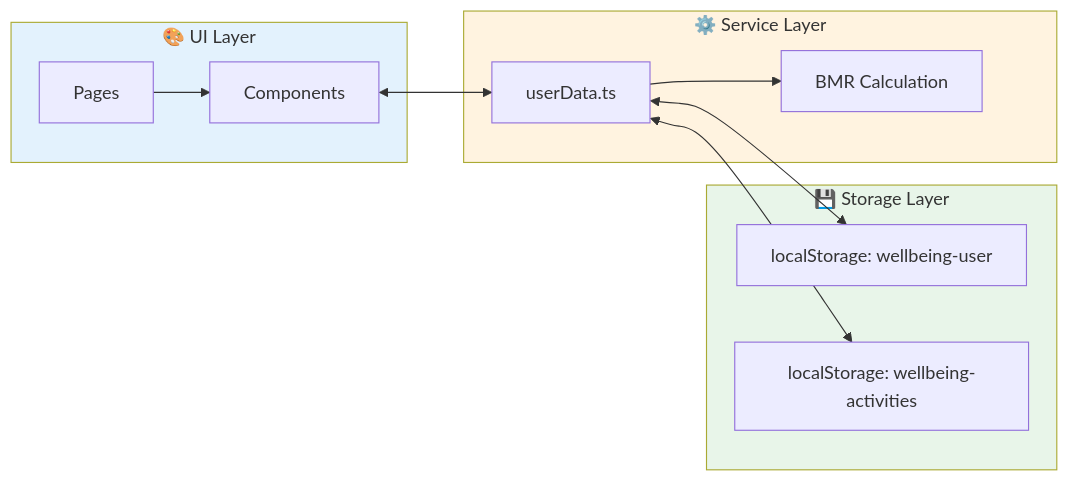
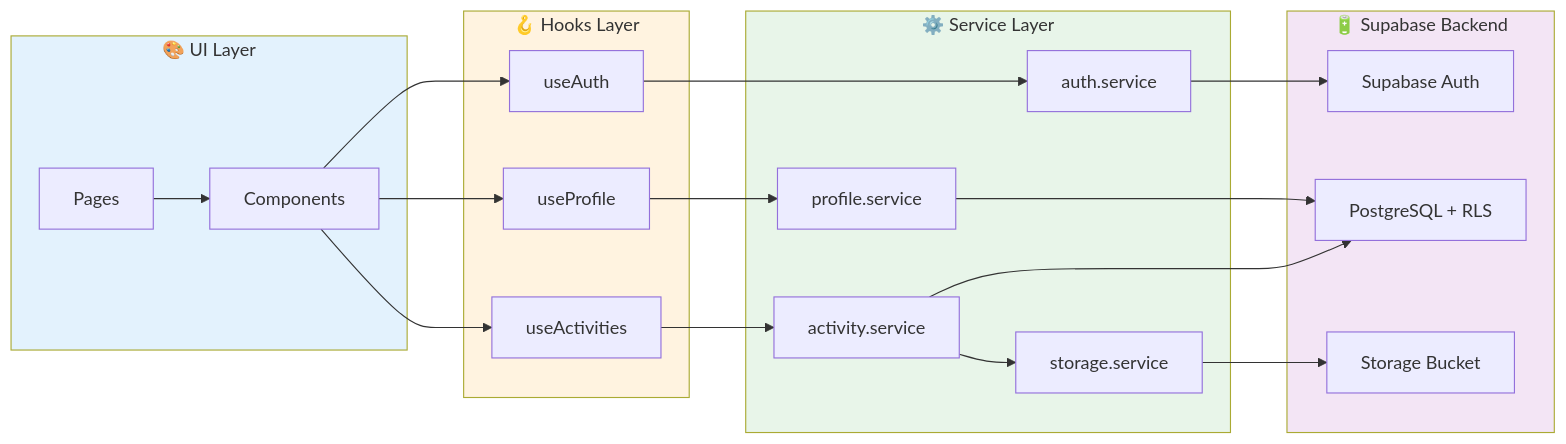
Before and after one commit to ilhaminudin24/ITDigital-wellbeing: the third of 4 diagrams in docs/project_analysis.md, drawn with Mermaid. The commit also changed other lines of this file and 5 other files, not shown here.

````diff
--- a/docs/project_analysis.md
+++ b/docs/project_analysis.md
@@ -174,27 +205,41 @@
 ```mermaid
 flowchart LR
     subgraph UI["🎨 UI Layer"]
         A[Pages]
         B[Components]
     end
 
-    subgraph Service["⚙️ Service Layer"]
-        C[userData.ts]
-        D[BMR Calculation]
+    subgraph Hooks["🪝 Hooks Layer"]
+        C[useAuth]
+        D[useProfile]
+        E[useActivities]
     end
 
-    subgraph Storage["💾 Storage Layer"]
-        E[localStorage: wellbeing-user]
-        F[localStorage: wellbeing-activities]
+    subgraph Service["⚙️ Service Layer"]
+        F[auth.service]
+        G[profile.service]
+        H[activity.service]
+        I[storage.service]
+    end
+
+    subgraph Backend["🔋 Supabase Backend"]
+        J[Supabase Auth]
+        K[PostgreSQL + RLS]
+        L[Storage Bucket]
     end
 
     A --> B
-    B <--> C
-    C --> D
-    C <--> E
-    C <--> F
+    B --> C & D & E
+    C --> F
+    D --> G
+    E --> H
+    H --> I
+    F --> J
+    G & H --> K
+    I --> L
 
     style UI fill:#e3f2fd
-    style Service fill:#fff3e0
-    style Storage fill:#e8f5e9
+    style Hooks fill:#fff3e0
+    style Service fill:#e8f5e9
+    style Backend fill:#f3e5f5
 ```
````
